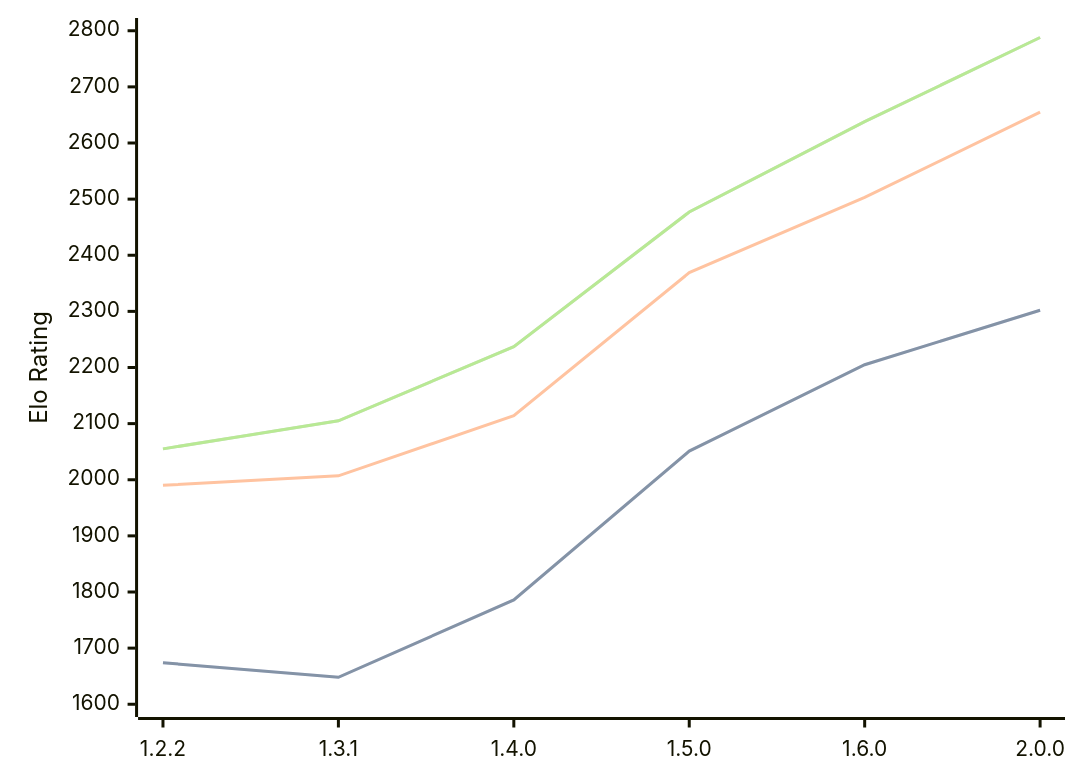
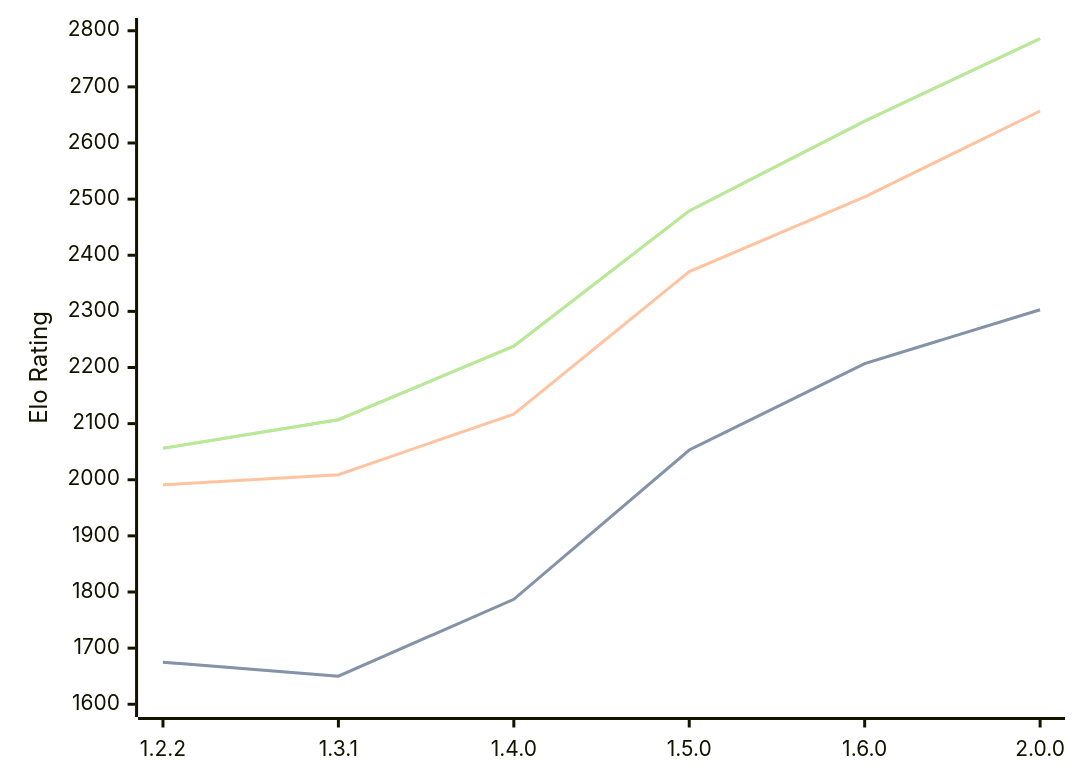
Before and after one commit to computer-chess-index/cci: the diagram in engines/SoloEngine.md, drawn with Mermaid. The commit also changed other lines of this file, not shown here.

Commit message:
Update CCI Ratings (ELO VLTC) - 2026-03-29

````diff
--- a/engines/SoloEngine.md
+++ b/engines/SoloEngine.md
@@ -36,11 +36,11 @@
 ```mermaid
 %%{init: {"theme":"base","themeVariables":{"seriesColors:['#a3a3a3','#222221','#faa371']}}}%%
 xychart-beta
   x-axis ["1.2.2", "1.3.1", "1.4.0", "1.5.0", "1.6.0", "2.0.0"]
   y-axis "Elo Rating" 1600 --> 2800
-  line "STC (8.0+0.08s)" [1674, 1648, 1786, 2051, 2205, 2302]
-  line "STC (8.0+0.08s)" [1674, 1648, 1786, 2051, 2205, 2302]
-  line "LTC (60.0+0.60s)" [1990, 2007, 2114, 2369, 2503, 2655]
-  line "VLTC (2m24s+1.12s)" [2055, 2105, 2237, 2477, 2638, 2788]
-  line "VLTC (2m24s+1.12s)" [2055, 2105, 2237, 2477, 2638, 2788]
+  line "STC (8.0+0.08s)" [1675, 1650, 1787, 2053, 2207, 2303]
+  line "STC (8.0+0.08s)" [1675, 1650, 1787, 2053, 2207, 2303]
+  line "LTC (60.0+0.60s)" [1991, 2009, 2117, 2371, 2504, 2657]
+  line "VLTC (2m24s+1.12s)" [2056, 2107, 2238, 2479, 2639, 2786]
+  line "VLTC (2m24s+1.12s)" [2056, 2107, 2238, 2479, 2639, 2786]
 ```
````
